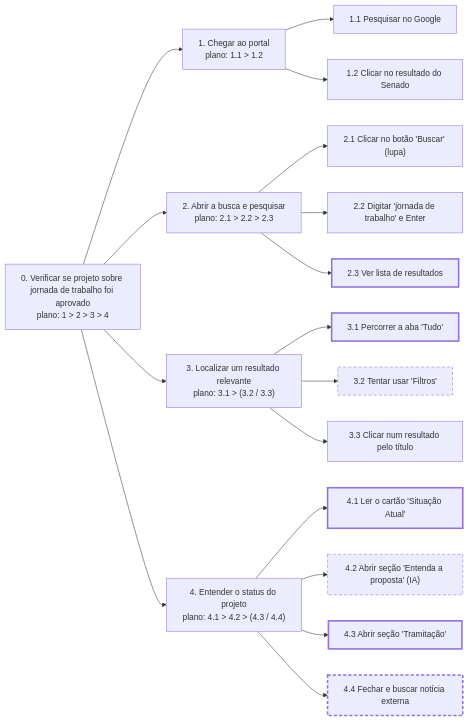
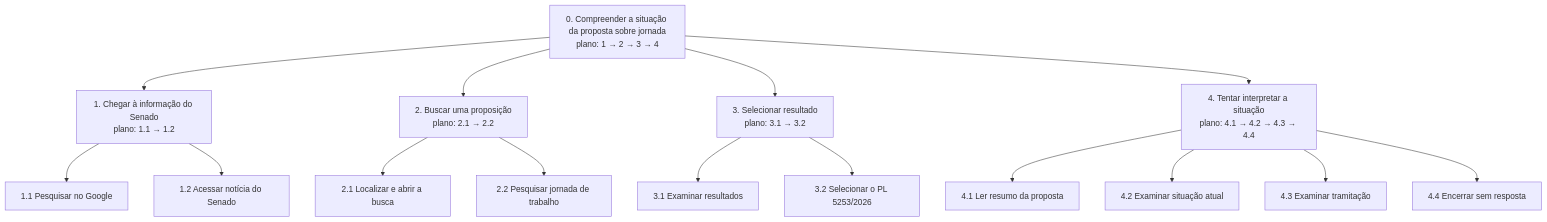
The first of 2 diagrams in docs/entrega-2/individual/bruno/analise-tarefas.md (Interacao-Humano-Computador/2026.2-Grupo06), drawn with Mermaid before and after one commit. The commit also changed other lines of this file and 13 other files, not shown here.

````diff
--- a/docs/entrega-2/individual/bruno/analise-tarefas.md
+++ b/docs/entrega-2/individual/bruno/analise-tarefas.md
@@ -62,40 +59,32 @@
 ```mermaid
-flowchart LR
-    T0["0. Verificar se projeto sobre jornada de trabalho foi aprovado<br/>plano: 1 > 2 > 3 > 4"]
-    T1["1. Chegar ao portal<br/>plano: 1.1 > 1.2"]
-    T2["2. Abrir a busca e pesquisar<br/>plano: 2.1 > 2.2 > 2.3"]
-    T3["3. Localizar um resultado relevante<br/>plano: 3.1 > (3.2 / 3.3)"]
-    T4["4. Entender o status do projeto<br/>plano: 4.1 > 4.2 > (4.3 / 4.4)"]
+flowchart TD
+    T0["0. Compreender a situação da proposta sobre jornada<br/>plano: 1 → 2 → 3 → 4"]
+    T1["1. Chegar à informação do Senado<br/>plano: 1.1 → 1.2"]
+    T2["2. Buscar uma proposição<br/>plano: 2.1 → 2.2"]
+    T3["3. Selecionar resultado<br/>plano: 3.1 → 3.2"]
+    T4["4. Tentar interpretar a situação<br/>plano: 4.1 → 4.2 → 4.3 → 4.4"]
     T11["1.1 Pesquisar no Google"]
-    T12["1.2 Clicar no resultado do Senado"]
-    T21["2.1 Clicar no botão 'Buscar' (lupa)"]
-    T22["2.2 Digitar 'jornada de trabalho' e Enter"]
-    T23["2.3 Ver lista de resultados"]
-    T31["3.1 Percorrer a aba 'Tudo'"]
-    T32["3.2 Tentar usar 'Filtros'"]
-    T33["3.3 Clicar num resultado pelo título"]
-    T41["4.1 Ler o cartão 'Situação Atual'"]
-    T42["4.2 Abrir seção 'Entenda a proposta' (IA)"]
-    T43["4.3 Abrir seção 'Tramitação'"]
-    T44["4.4 Fechar e buscar notícia externa"]
+    T12["1.2 Acessar notícia do Senado"]
+    T21["2.1 Localizar e abrir a busca"]
+    T22["2.2 Pesquisar jornada de trabalho"]
+    T31["3.1 Examinar resultados"]
+    T32["3.2 Selecionar o PL 5253/2026"]
+    T41["4.1 Ler resumo da proposta"]
+    T42["4.2 Examinar situação atual"]
+    T43["4.3 Examinar tramitação"]
+    T44["4.4 Encerrar sem resposta"]
     T0 --> T1
     T0 --> T2
     T0 --> T3
     T0 --> T4
     T1 --> T11
     T1 --> T12
     T2 --> T21
     T2 --> T22
-    T2 --> T23
     T3 --> T31
     T3 --> T32
-    T3 --> T33
     T4 --> T41
     T4 --> T42
     T4 --> T43
     T4 --> T44
-    classDef relatado stroke-dasharray: 6 4
-    classDef problema stroke-width: 3px
-    class T32,T42,T44 relatado
-    class T23,T31,T41,T43,T44 problema
 ```
````
